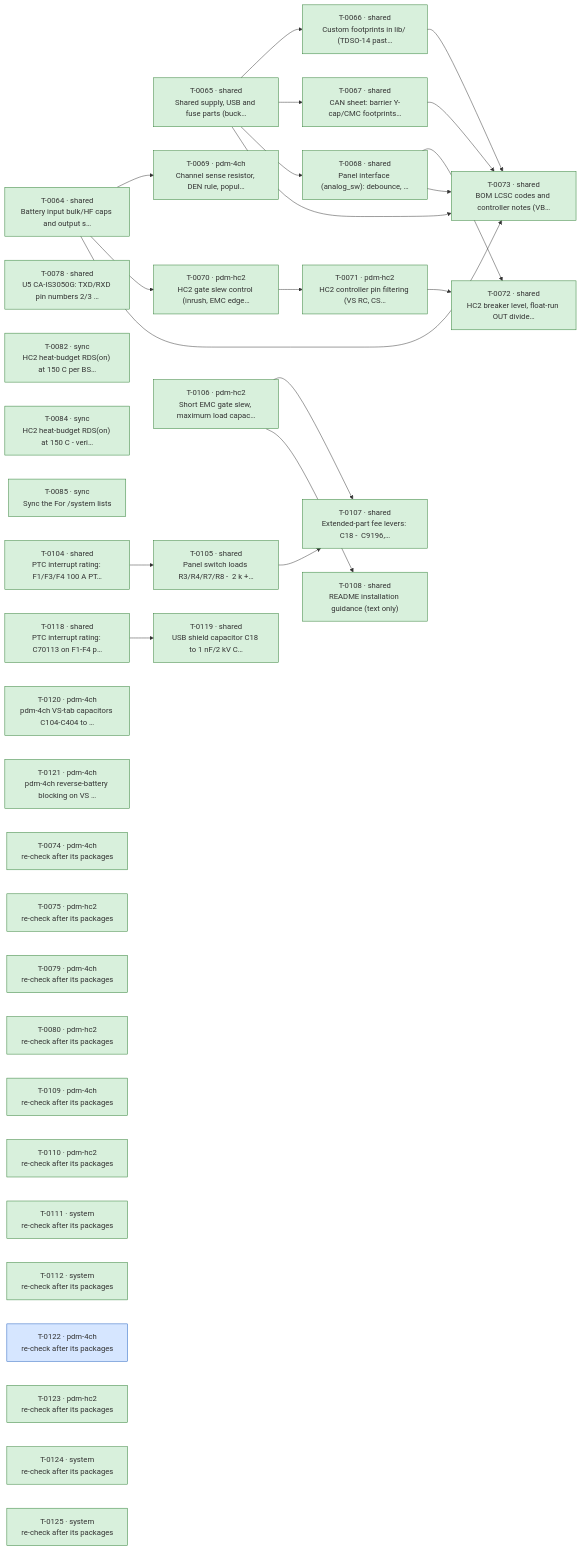
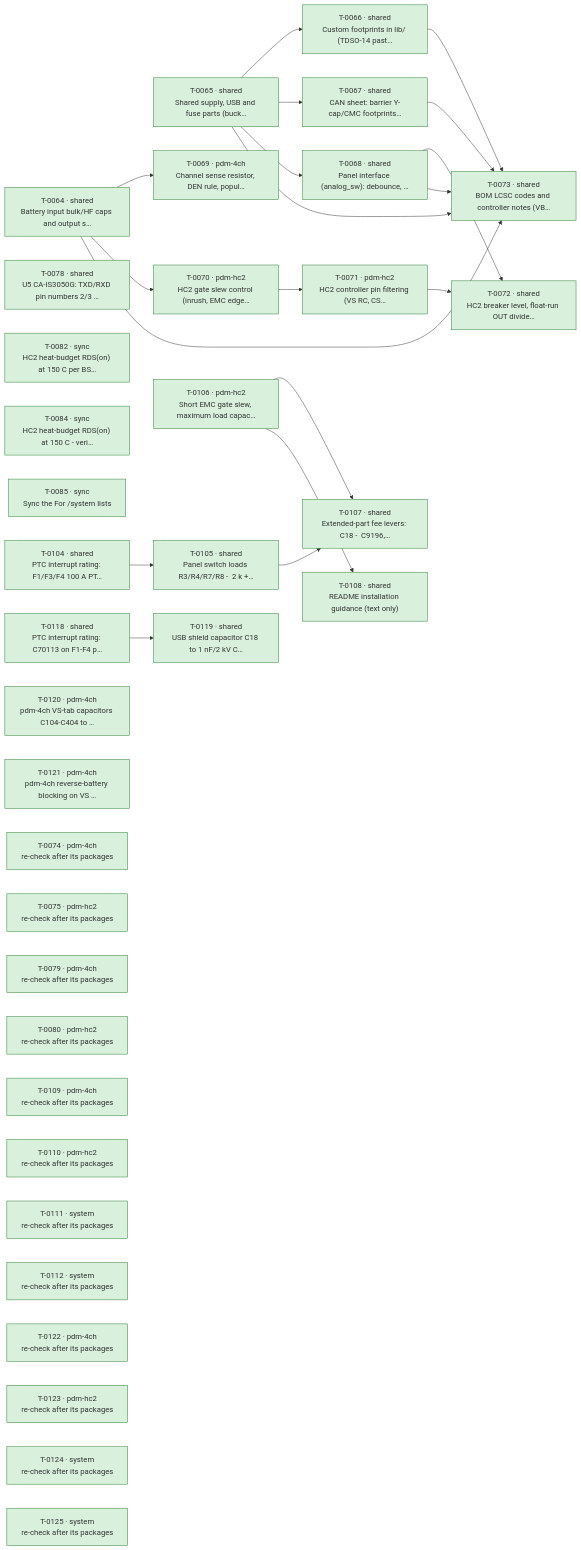
One commit to plektra/ESP32-PDM changed the diagram in docs/ROADMAP.md. Above: the diagram before and after it, drawn with Mermaid. The commit also changed other lines of this file and 2 other files, not shown here.

Commit message:
Auto: validator pdm-4ch (T-0122): 0 decided by agents, 0 for the owner, 0 duplicates
Unattended run by tools/orchestrate.py, model sonnet, 0.44 USD.

````diff
--- a/docs/ROADMAP.md
+++ b/docs/ROADMAP.md
@@ -18,60 +18,60 @@
 ```mermaid
 flowchart LR
   T0064["T-0064 · shared<br/>Battery input bulk/HF caps and output s…"]:::done
   T0065["T-0065 · shared<br/>Shared supply, USB and fuse parts (buck…"]:::done
   T0066["T-0066 · shared<br/>Custom footprints in lib/ (TDSO-14 past…"]:::done
   T0067["T-0067 · shared<br/>CAN sheet: barrier Y-cap/CMC footprints…"]:::done
   T0068["T-0068 · shared<br/>Panel interface (analog_sw): debounce, …"]:::done
   T0069["T-0069 · pdm-4ch<br/>Channel sense resistor, DEN rule, popul…"]:::done
   T0070["T-0070 · pdm-hc2<br/>HC2 gate slew control (inrush, EMC edge…"]:::done
   T0071["T-0071 · pdm-hc2<br/>HC2 controller pin filtering (VS RC, CS…"]:::done
   T0072["T-0072 · shared<br/>HC2 breaker level, float-run OUT divide…"]:::done
   T0073["T-0073 · shared<br/>BOM LCSC codes and controller notes (VB…"]:::done
   T0078["T-0078 · shared<br/>U5 CA-IS3050G: TXD/RXD pin numbers 2/3 …"]:::done
   T0082["T-0082 · sync<br/>HC2 heat-budget RDS(on) at 150 C per BS…"]:::done
   T0084["T-0084 · sync<br/>HC2 heat-budget RDS(on) at 150 C - veri…"]:::done
   T0085["T-0085 · sync<br/>Sync the  For /system  lists"]:::done
   T0104["T-0104 · shared<br/>PTC interrupt rating: F1/F3/F4 100 A PT…"]:::done
   T0105["T-0105 · shared<br/>Panel switch loads R3/R4/R7/R8 -  2 k +…"]:::done
   T0106["T-0106 · pdm-hc2<br/>Short EMC gate slew, maximum load capac…"]:::done
   T0107["T-0107 · shared<br/>Extended-part fee levers: C18 -  C9196,…"]:::done
   T0108["T-0108 · shared<br/>README installation guidance (text only)"]:::done
   T0118["T-0118 · shared<br/>PTC interrupt rating: C70113 on F1-F4 p…"]:::done
   T0119["T-0119 · shared<br/>USB shield capacitor C18 to 1 nF/2 kV C…"]:::done
   T0120["T-0120 · pdm-4ch<br/>pdm-4ch VS-tab capacitors C104-C404 to …"]:::done
   T0121["T-0121 · pdm-4ch<br/>pdm-4ch reverse-battery blocking on VS …"]:::done
   T0074["T-0074 · pdm-4ch<br/>re-check after its packages"]:::done
   T0075["T-0075 · pdm-hc2<br/>re-check after its packages"]:::done
   T0079["T-0079 · pdm-4ch<br/>re-check after its packages"]:::done
   T0080["T-0080 · pdm-hc2<br/>re-check after its packages"]:::done
   T0109["T-0109 · pdm-4ch<br/>re-check after its packages"]:::done
   T0110["T-0110 · pdm-hc2<br/>re-check after its packages"]:::done
   T0111["T-0111 · system<br/>re-check after its packages"]:::done
   T0112["T-0112 · system<br/>re-check after its packages"]:::done
-  T0122["T-0122 · pdm-4ch<br/>re-check after its packages"]:::running
+  T0122["T-0122 · pdm-4ch<br/>re-check after its packages"]:::done
   T0123["T-0123 · pdm-hc2<br/>re-check after its packages"]:::done
   T0124["T-0124 · system<br/>re-check after its packages"]:::done
   T0125["T-0125 · system<br/>re-check after its packages"]:::done
   T0065 --> T0066
   T0065 --> T0067
   T0065 --> T0068
   T0064 --> T0069
   T0064 --> T0070
   T0070 --> T0071
   T0068 --> T0072
   T0071 --> T0072
   T0064 --> T0073
   T0065 --> T0073
   T0066 --> T0073
   T0067 --> T0073
   T0068 --> T0073
   T0104 --> T0105
   T0105 --> T0107
   T0106 --> T0107
   T0106 --> T0108
   T0118 --> T0119
   classDef done fill:#d8f0dc,stroke:#2e7d32
   classDef running fill:#d6e6ff,stroke:#1f5fbf
   classDef ready fill:#f2f2f2,stroke:#888
   classDef failed fill:#f9d9d9,stroke:#b3261e
 ```
````
